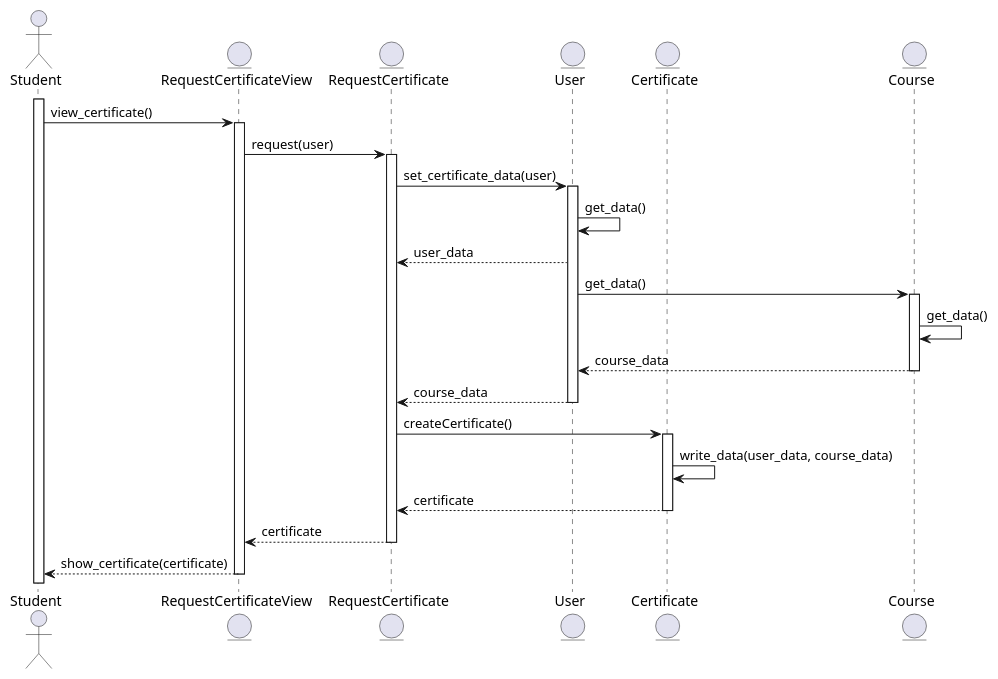
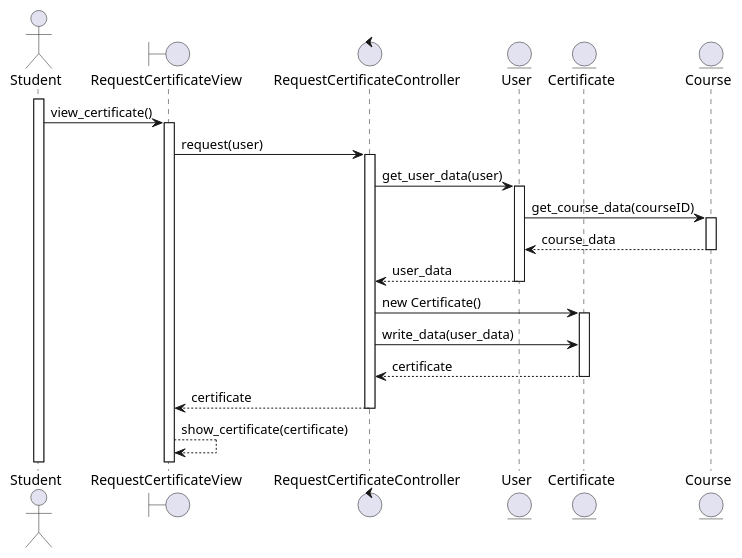
Before and after one commit to Carverz/IS-022023_Proyecto-Grupo-4: the diagram in docs/logicalView/designView/sequenceDiagram.plantuml, drawn with PlantUML.

Commit message:
Modificaciones idagrama de secuencia

```diff
--- a/docs/logicalView/designView/sequenceDiagram.plantuml
+++ b/docs/logicalView/designView/sequenceDiagram.plantuml
@@ -1,37 +1,34 @@
 @startuml DiagramaSecuencia
 
 actor Student
-entity RequestCertificateView
-entity RequestCertificate
+boundary RequestCertificateView
+control RequestCertificateController
 entity User
 entity Certificate
 entity Course
 
 
 activate Student
 Student -> RequestCertificateView: view_certificate()
 activate RequestCertificateView
-RequestCertificateView -> RequestCertificate: request(user)
-activate RequestCertificate
-RequestCertificate -> User: set_certificate_data(user)
+RequestCertificateView -> RequestCertificateController: request(user)
+activate RequestCertificateController
+RequestCertificateController -> User: get_user_data(user)
 activate User
-User -> User: get_data()
-User --> RequestCertificate: user_data
-User -> Course: get_data()
+User -> Course: get_course_data(courseID)
 activate Course
-Course -> Course: get_data()
 Course --> User: course_data
 deactivate Course
-User --> RequestCertificate: course_data
+User --> RequestCertificateController: user_data
 deactivate User
-RequestCertificate -> Certificate: createCertificate()
+RequestCertificateController -> Certificate: new Certificate()
 activate Certificate
-Certificate -> Certificate: write_data(user_data, course_data)
-Certificate --> RequestCertificate: certificate
+RequestCertificateController -> Certificate: write_data(user_data)
+Certificate --> RequestCertificateController: certificate
 deactivate Certificate
-RequestCertificate --> RequestCertificateView: certificate
-deactivate RequestCertificate
-RequestCertificateView --> Student: show_certificate(certificate)
-deactivate RequestCertificateView
+RequestCertificateController --> RequestCertificateView: certificate
+deactivate RequestCertificateController
+RequestCertificateView --> RequestCertificateView: show_certificate(certificate)
+
 
 @enduml
```
